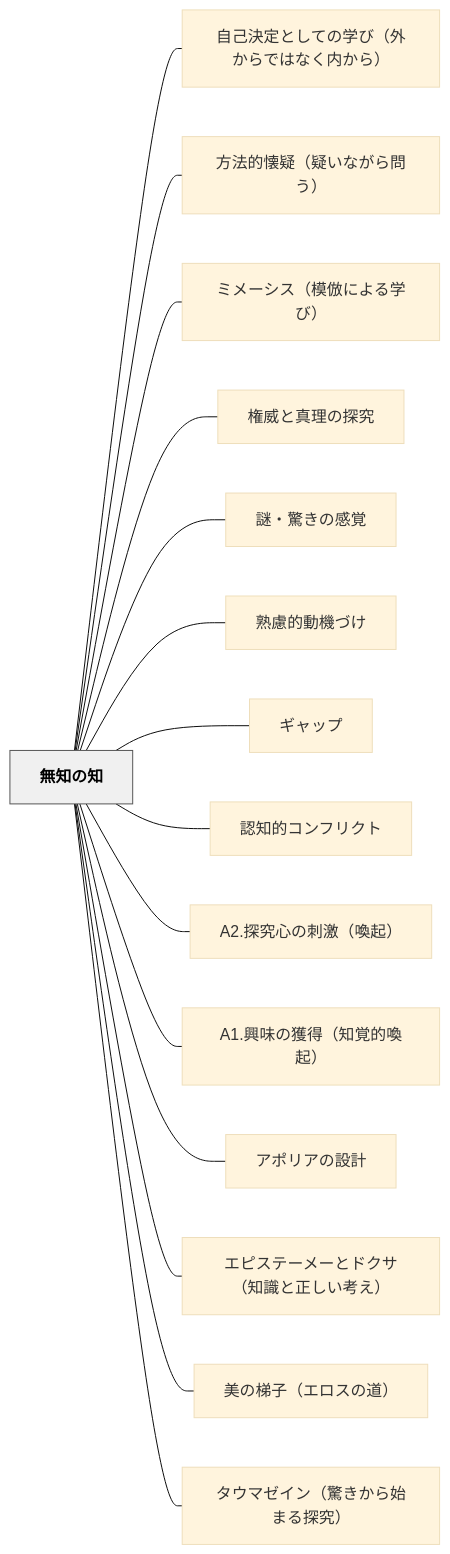
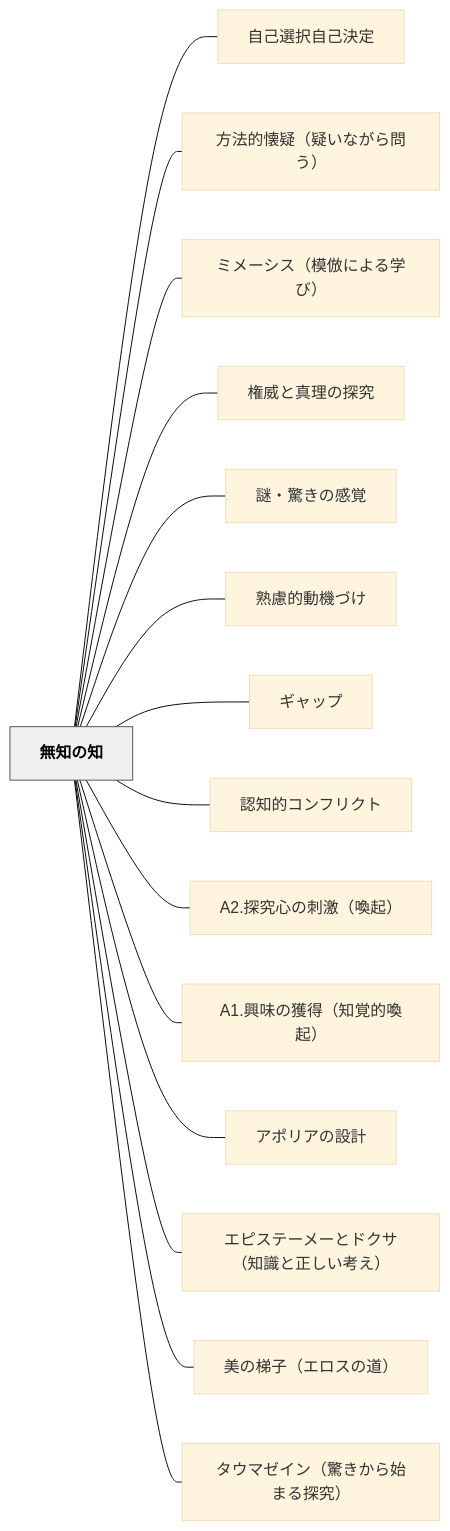
One commit to unknownthings-ed-patterns/unknownthings-ed-patterns changed the diagram in content/パタン/無知の知.md. Above: the diagram before and after it, drawn with Mermaid (base theme). The commit also changed other lines of this file and 2 other files, not shown here.

Commit message:
auto: Obsidianから同期 2026-06-13 16:26

````diff
--- a/content/パタン/無知の知.md
+++ b/content/パタン/無知の知.md
@@ -246,36 +246,36 @@
 ```mermaid
 flowchart LR
     ne784a1e79fa5e381aee79fa5["無知の知"]
-    ne887aae5b7b1e6b1bae5ae9ae381a8e38197e381a6e381aee5ada6e381b3efbc88e5a496e3818be38289e381a7e381afe381aae3818fe58685e3818be38289efbc89["自己決定としての学び（外からではなく内から）"]
+    ne887aae5b7b1e981b8e68a9ee887aae5b7b1e6b1bae5ae9a["自己選択自己決定"]
     ne696b9e6b395e79a84e68790e79691efbc88e79691e38184e381aae3818ce38289e5958fe38186efbc89["方法的懐疑（疑いながら問う）"]
     ne3839fe383a1e383bce382b7e382b9efbc88e6a8a1e580a3e381abe38288e3828be5ada6e381b3efbc89["ミメーシス（模倣による学び）"]
     ne6a8a9e5a881e381a8e79c9fe79086e381aee68ea2e7a9b6["権威と真理の探究"]
     ne8ac8ee383bbe9a99ae3818de381aee6849fe8a69a["謎・驚きの感覚"]
     ne7869fe685aee79a84e58b95e6a99fe381a5e38191["熟慮的動機づけ"]
     ne382aee383a3e38383e38397["ギャップ"]
     ne8aa8de79fa5e79a84e382b3e383b3e38395e383aae382afe38388["認知的コンフリクト"]
     n41322ee68ea2e7a9b6e5bf83e381aee588bae6bf80efbc88e5969ae8b5b7efbc89["A2.探究心の刺激（喚起）"]
     n41312ee88888e591b3e381aee78db2e5be97efbc88e79fa5e8a69ae79a84e5969ae8b5b7efbc89["A1.興味の獲得（知覚的喚起）"]
     ne382a2e3839de383aae382a2e381aee8a8ade8a888["アポリアの設計"]
     ne382a8e38394e382b9e38386e383bce383a1e383bce381a8e38389e382afe382b5efbc88e79fa5e8ad98e381a8e6ada3e38197e38184e88083e38188efbc89["エピステーメーとドクサ（知識と正しい考え）"]
     ne7be8ee381aee6a2afe5ad90efbc88e382a8e383ade382b9e381aee98193efbc89["美の梯子（エロスの道）"]
     ne382bfe382a6e3839ee382bce382a4e383b3efbc88e9a99ae3818de3818be38289e5a78be381bee3828be68ea2e7a9b6efbc89["タウマゼイン（驚きから始まる探究）"]
 
-    ne784a1e79fa5e381aee79fa5 --- ne887aae5b7b1e6b1bae5ae9ae381a8e38197e381a6e381aee5ada6e381b3efbc88e5a496e3818be38289e381a7e381afe381aae3818fe58685e3818be38289efbc89
+    ne784a1e79fa5e381aee79fa5 --- ne887aae5b7b1e981b8e68a9ee887aae5b7b1e6b1bae5ae9a
     ne784a1e79fa5e381aee79fa5 --- ne696b9e6b395e79a84e68790e79691efbc88e79691e38184e381aae3818ce38289e5958fe38186efbc89
     ne784a1e79fa5e381aee79fa5 --- ne3839fe383a1e383bce382b7e382b9efbc88e6a8a1e580a3e381abe38288e3828be5ada6e381b3efbc89
     ne784a1e79fa5e381aee79fa5 --- ne6a8a9e5a881e381a8e79c9fe79086e381aee68ea2e7a9b6
     ne784a1e79fa5e381aee79fa5 --- ne8ac8ee383bbe9a99ae3818de381aee6849fe8a69a
     ne784a1e79fa5e381aee79fa5 --- ne7869fe685aee79a84e58b95e6a99fe381a5e38191
     ne784a1e79fa5e381aee79fa5 --- ne382aee383a3e38383e38397
     ne784a1e79fa5e381aee79fa5 --- ne8aa8de79fa5e79a84e382b3e383b3e38395e383aae382afe38388
     ne784a1e79fa5e381aee79fa5 --- n41322ee68ea2e7a9b6e5bf83e381aee588bae6bf80efbc88e5969ae8b5b7efbc89
     ne784a1e79fa5e381aee79fa5 --- n41312ee88888e591b3e381aee78db2e5be97efbc88e79fa5e8a69ae79a84e5969ae8b5b7efbc89
     ne784a1e79fa5e381aee79fa5 --- ne382a2e3839de383aae382a2e381aee8a8ade8a888
     ne784a1e79fa5e381aee79fa5 --- ne382a8e38394e382b9e38386e383bce383a1e383bce381a8e38389e382afe382b5efbc88e79fa5e8ad98e381a8e6ada3e38197e38184e88083e38188efbc89
     ne784a1e79fa5e381aee79fa5 --- ne7be8ee381aee6a2afe5ad90efbc88e382a8e383ade382b9e381aee98193efbc89
     ne784a1e79fa5e381aee79fa5 --- ne382bfe382a6e3839ee382bce382a4e383b3efbc88e9a99ae3818de3818be38289e5a78be381bee3828be68ea2e7a9b6efbc89
 
     classDef hub fill:#f0f0f0,stroke:#555,color:#000,font-weight:bold
     class ne784a1e79fa5e381aee79fa5 hub
 ```
````
